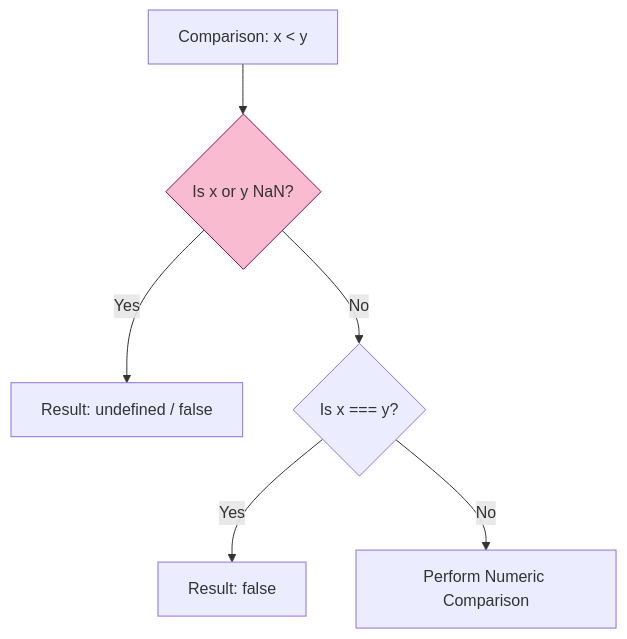
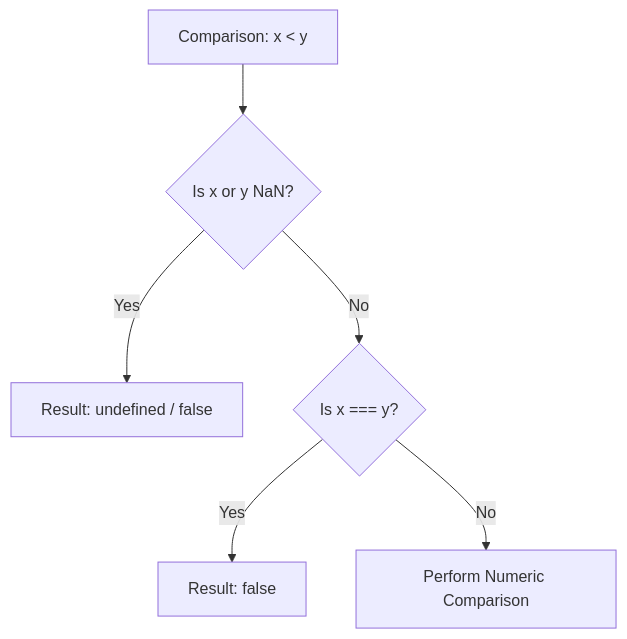
One commit to syahputrawork98-sketch/JavaScript-Learning-Hub changed the diagram in RAK-04-core-specification/SR-02-data-types-and-values/BK-02_NumericDataTypes/CH-02_NumberArithmeticComparison/README.md. Above: the diagram before and after it, drawn with Mermaid. The commit also changed other lines of this file and 32 other files, not shown here.

````diff
--- a/RAK-04-core-specification/SR-02-data-types-and-values/BK-02_NumericDataTypes/CH-02_NumberArithmeticComparison/README.md
+++ b/RAK-04-core-specification/SR-02-data-types-and-values/BK-02_NumericDataTypes/CH-02_NumberArithmeticComparison/README.md
@@ -20,10 +19,8 @@
 ```mermaid
 graph TD
     In[Comparison: x < y] --> CheckNaN{Is x or y NaN?}
     CheckNaN -->|Yes| Undef[Result: undefined / false]
     CheckNaN -->|No| Same{Is x === y?}
     Same -->|Yes| False[Result: false]
     Same -->|No| Comp[Perform Numeric Comparison]
-    
-    style CheckNaN fill:#f8bbd0,stroke:#880e4f
 ```
````
